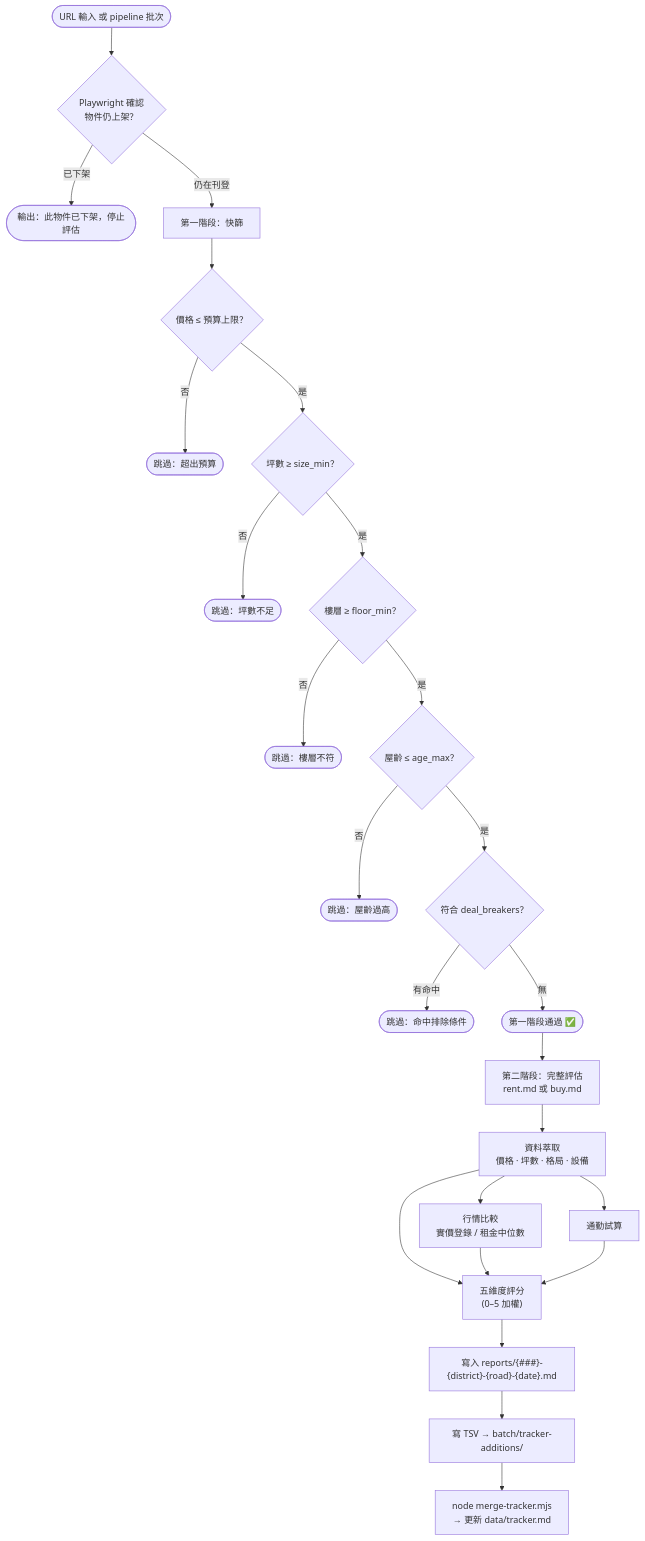
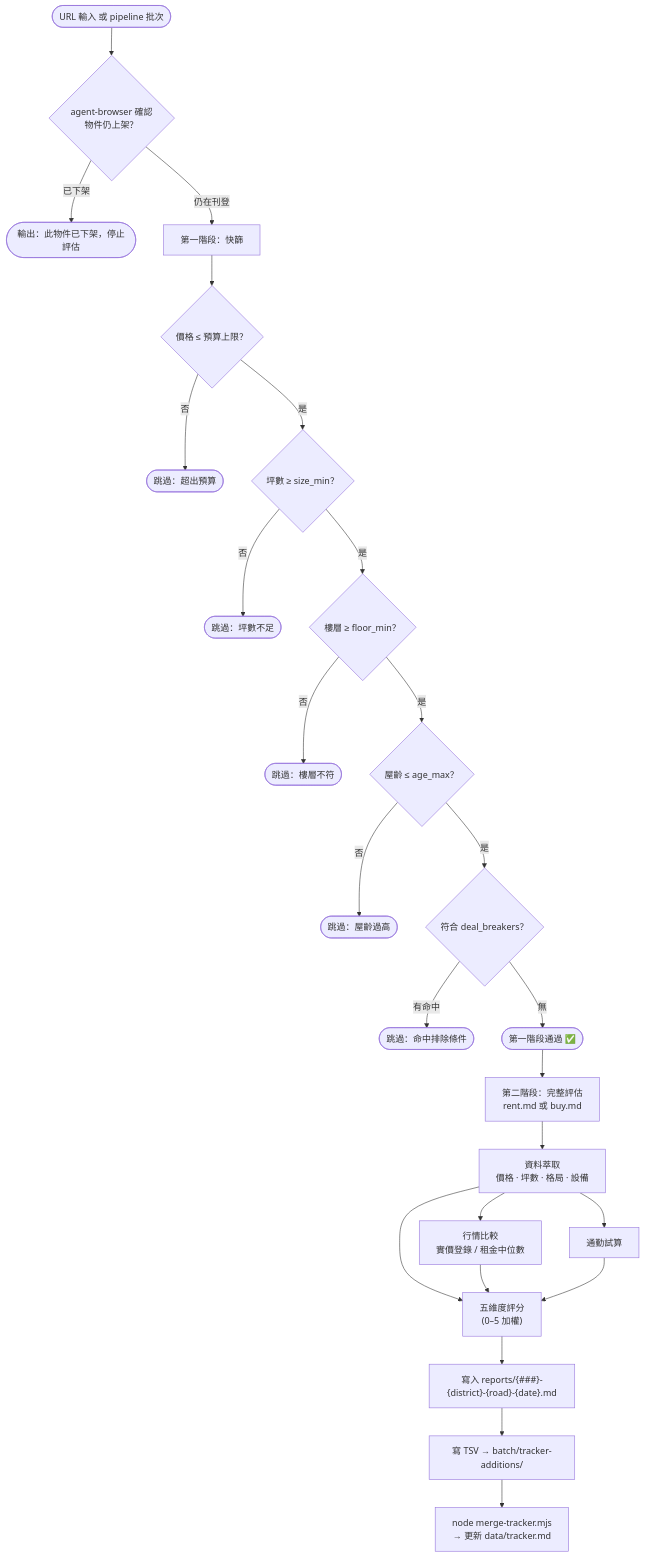
Before and after one commit to Kaminoikari/house-ops: the third of 7 diagrams in TUTORIAL.md, drawn with Mermaid. The commit also changed other lines of this file and 8 other files, not shown here.

````diff
--- a/TUTORIAL.md
+++ b/TUTORIAL.md
@@ -72,29 +72,29 @@
 ```mermaid
 flowchart TD
-    Input([URL 輸入 或 pipeline 批次]) --> Live{"Playwright 確認\n物件仍上架？"}
+    Input([URL 輸入 或 pipeline 批次]) --> Live{"agent-browser 確認\n物件仍上架？"}
     Live -->|已下架| Dead(["輸出：此物件已下架，停止評估"])
     Live -->|仍在刊登| P1["第一階段：快篩"]
 
     P1 --> PC{"價格 ≤ 預算上限？"}
     PC -->|否| SK1(["跳過：超出預算"])
     PC -->|是| SC{"坪數 ≥ size_min？"}
     SC -->|否| SK2(["跳過：坪數不足"])
     SC -->|是| FC{"樓層 ≥ floor_min？"}
     FC -->|否| SK3(["跳過：樓層不符"])
     FC -->|是| AC{"屋齡 ≤ age_max？"}
     AC -->|否| SK4(["跳過：屋齡過高"])
     AC -->|是| DB{"符合 deal_breakers？"}
     DB -->|有命中| SK5(["跳過：命中排除條件"])
     DB -->|無| Qualified(["第一階段通過 ✅"])
 
     Qualified --> P2["第二階段：完整評估\nrent.md 或 buy.md"]
     P2 --> Extract[資料萃取\n價格 · 坪數 · 格局 · 設備]
     Extract --> PriceAna[行情比較\n實價登錄 / 租金中位數]
     Extract --> Commute[通勤試算]
     Extract --> Score["五維度評分\n(0–5 加權)"]
     PriceAna --> Score
     Commute --> Score
     Score --> Report["寫入 reports/{###}-{district}-{road}-{date}.md"]
     Report --> TSV["寫 TSV → batch/tracker-additions/"]
     TSV --> Merge["node merge-tracker.mjs\n→ 更新 data/tracker.md"]
 ```
````
